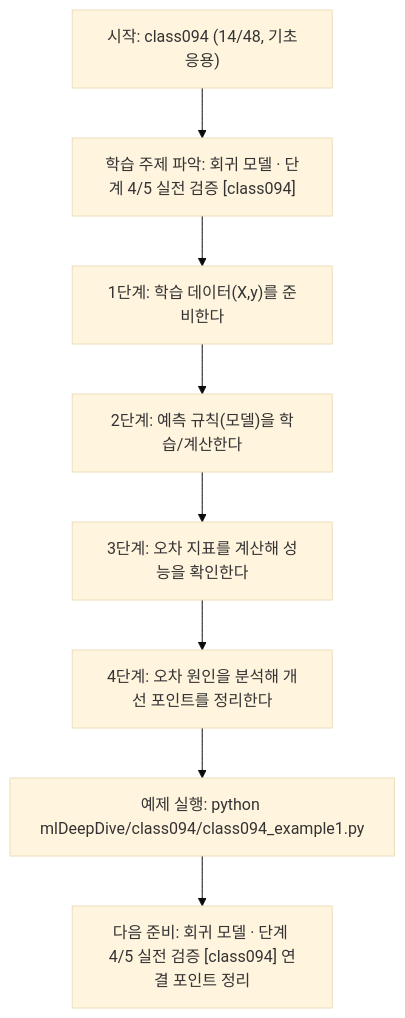
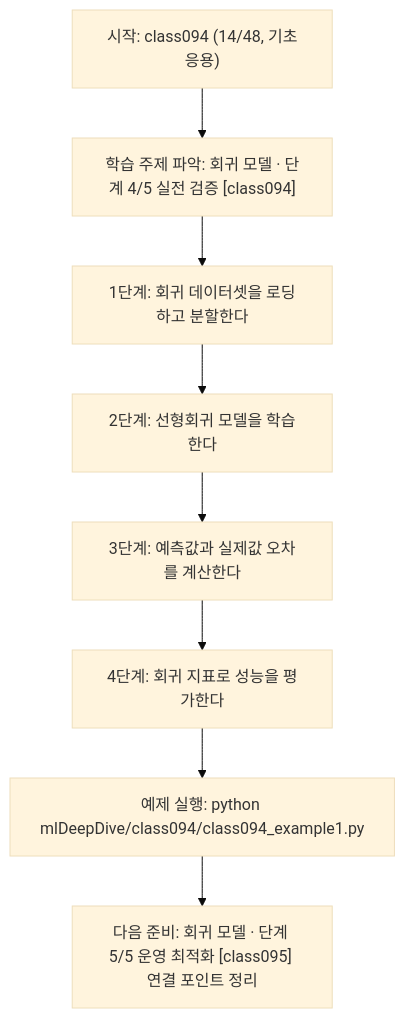
One commit to edumgt/Python-AI_Agent-Class changed the diagram in mlDeepDive/class094/class094.md. Above: the diagram before and after it, drawn with Mermaid (base theme). The commit also changed other lines of this file and 338 other files, not shown here.

````diff
--- a/mlDeepDive/class094/class094.md
+++ b/mlDeepDive/class094/class094.md
@@ -109,18 +91,18 @@
 ```mermaid
 flowchart TD
 N1["시작: class094 (14/48, 기초응용)"]
 N2["학습 주제 파악: 회귀 모델 · 단계 4/5 실전 검증 [class094]"]
-N3["1단계: 학습 데이터(X,y)를 준비한다"]
-N4["2단계: 예측 규칙(모델)을 학습/계산한다"]
-N5["3단계: 오차 지표를 계산해 성능을 확인한다"]
-N6["4단계: 오차 원인을 분석해 개선 포인트를 정리한다"]
+N3["1단계: 회귀 데이터셋을 로딩하고 분할한다"]
+N4["2단계: 선형회귀 모델을 학습한다"]
+N5["3단계: 예측값과 실제값 오차를 계산한다"]
+N6["4단계: 회귀 지표로 성능을 평가한다"]
 N7["예제 실행: python mlDeepDive/class094/class094_example1.py"]
-N8["다음 준비: 회귀 모델 · 단계 4/5 실전 검증 [class094] 연결 포인트 정리"]
+N8["다음 준비: 회귀 모델 · 단계 5/5 운영 최적화 [class095] 연결 포인트 정리"]
 N1 --> N2
 N2 --> N3
 N3 --> N4
 N4 --> N5
 N5 --> N6
 N6 --> N7
 N7 --> N8
 ```
````
